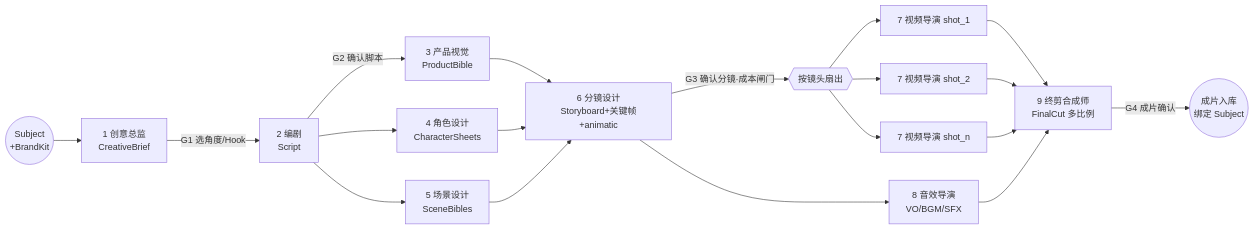
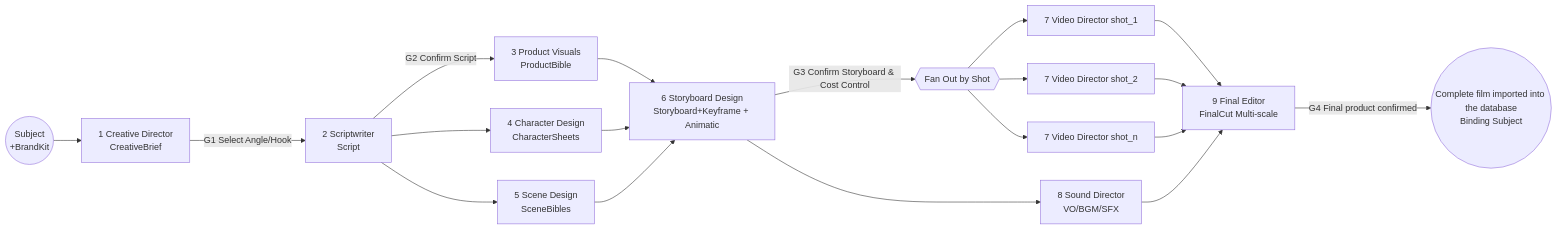
Before and after one commit to Runqi518/SPARKLE-AI---Your-Creativity-Deserves-a-Market: the ninth of 17 diagrams in docs/prd.md, drawn with Mermaid. The commit also changed other lines of this file and 60 other files, not shown here.

````diff
--- a/docs/prd.md
+++ b/docs/prd.md
@@ -535,16 +509,16 @@
 ```mermaid
 flowchart LR
-    S((Subject<br/>+BrandKit)) --> CD[1 创意总监<br/>CreativeBrief]
-    CD -->|G1 选角度/Hook| SW[2 编剧<br/>Script]
-    SW -->|G2 确认脚本| PV[3 产品视觉<br/>ProductBible]
-    SW --> CH[4 角色设计<br/>CharacterSheets]
-    SW --> SC[5 场景设计<br/>SceneBibles]
-    PV & CH & SC --> SB[6 分镜设计<br/>Storyboard+关键帧+animatic]
-    SB -->|G3 确认分镜·成本闸门| FAN{{按镜头扇出}}
-    FAN --> V1[7 视频导演 shot_1]
-    FAN --> V2[7 视频导演 shot_2]
-    FAN --> Vn[7 视频导演 shot_n]
-    SB --> SD[8 音效导演<br/>VO/BGM/SFX]
-    V1 & V2 & Vn & SD --> ED[9 终剪合成师<br/>FinalCut 多比例]
-    ED -->|G4 成片确认| OUT((成片入库<br/>绑定 Subject))
+    S((Subject<br/>+BrandKit)) --> CD[1 Creative Director<br/>CreativeBrief]
+    CD -->|G1 Select Angle/Hook| SW[2 Scriptwriter<br/>Script]
+    SW -->|G2 Confirm Script| PV[3 Product Visuals<br/>ProductBible]
+    SW --> CH[4 Character Design<br/>CharacterSheets]
+    SW --> SC[5 Scene Design<br/>SceneBibles]
+    PV & CH & SC --> SB[6 Storyboard Design<br/>Storyboard+Keyframe + Animatic]
+    SB -->|G3 Confirm Storyboard & Cost Control| FAN{{Fan Out by Shot}}
+    FAN --> V1[7 Video Director shot_1]
+    FAN --> V2[7 Video Director shot_2]
+    FAN --> Vn[7 Video Director shot_n]
+    SB --> SD[8 Sound Director<br/>VO/BGM/SFX]
+    V1 & V2 & Vn & SD --> ED[9 Final Editor<br/>FinalCut Multi-scale]
+    ED -->|G4 Final product confirmed| OUT((Complete film imported into the database<br/>Binding Subject))
 ```
````
